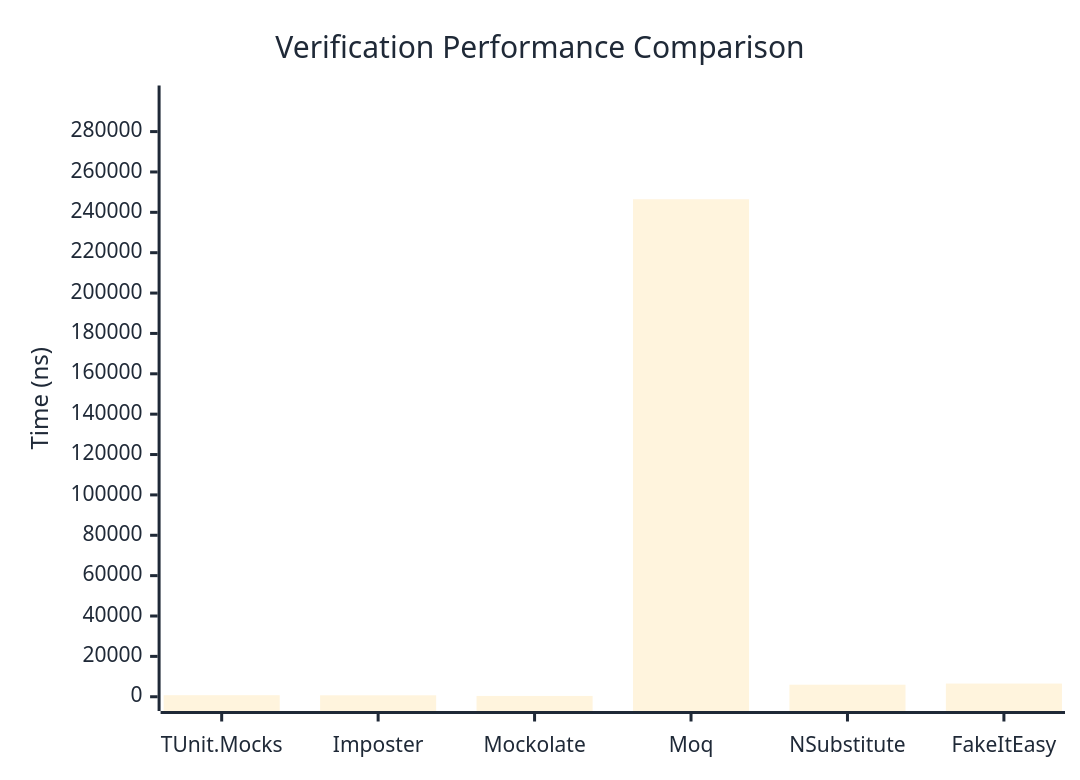
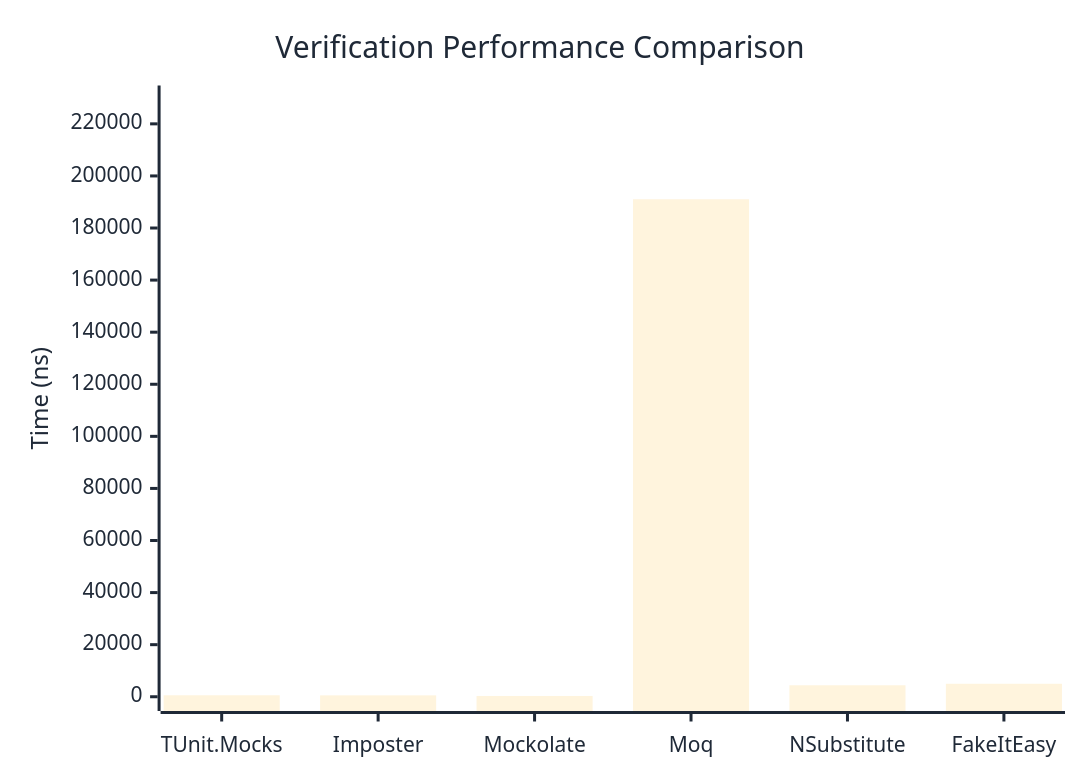
One commit to thomhurst/TUnit changed the first of 3 diagrams in docs/docs/benchmarks/mocks/Verification.md. Above: the diagram before and after it, drawn with Mermaid. The commit also changed other lines of this file and 14 other files, not shown here.

````diff
--- a/docs/docs/benchmarks/mocks/Verification.md
+++ b/docs/docs/benchmarks/mocks/Verification.md
@@ -30,27 +30,27 @@
 ```mermaid
 %%{init: {
   'theme':'base',
   'themeVariables': {
     'primaryColor': '#2563eb',
     'primaryTextColor': '#1f2937',
     'primaryBorderColor': '#1e40af',
     'lineColor': '#6b7280',
     'secondaryColor': '#7c3aed',
     'tertiaryColor': '#dc2626',
     'background': '#ffffff',
     'pie1': '#2563eb',
     'pie2': '#7c3aed',
     'pie3': '#dc2626',
     'pie4': '#f59e0b',
     'pie5': '#10b981',
     'pie6': '#06b6d4',
     'pie7': '#ec4899',
     'pie8': '#6366f1'
   }
 }}%%
 xychart-beta
   title "Verification Performance Comparison"
   x-axis ["TUnit.Mocks", "Imposter", "Mockolate", "Moq", "NSubstitute", "FakeItEasy"]
-  y-axis "Time (ns)" 0 --> 295775
-  bar [772.81, 721.31, 411.17, 246478.85, 5965.09, 6531.29]
+  y-axis "Time (ns)" 0 --> 229257
+  bar [569.74, 533.41, 305.76, 191047.44, 4406.61, 4986.45]
 ```
````
